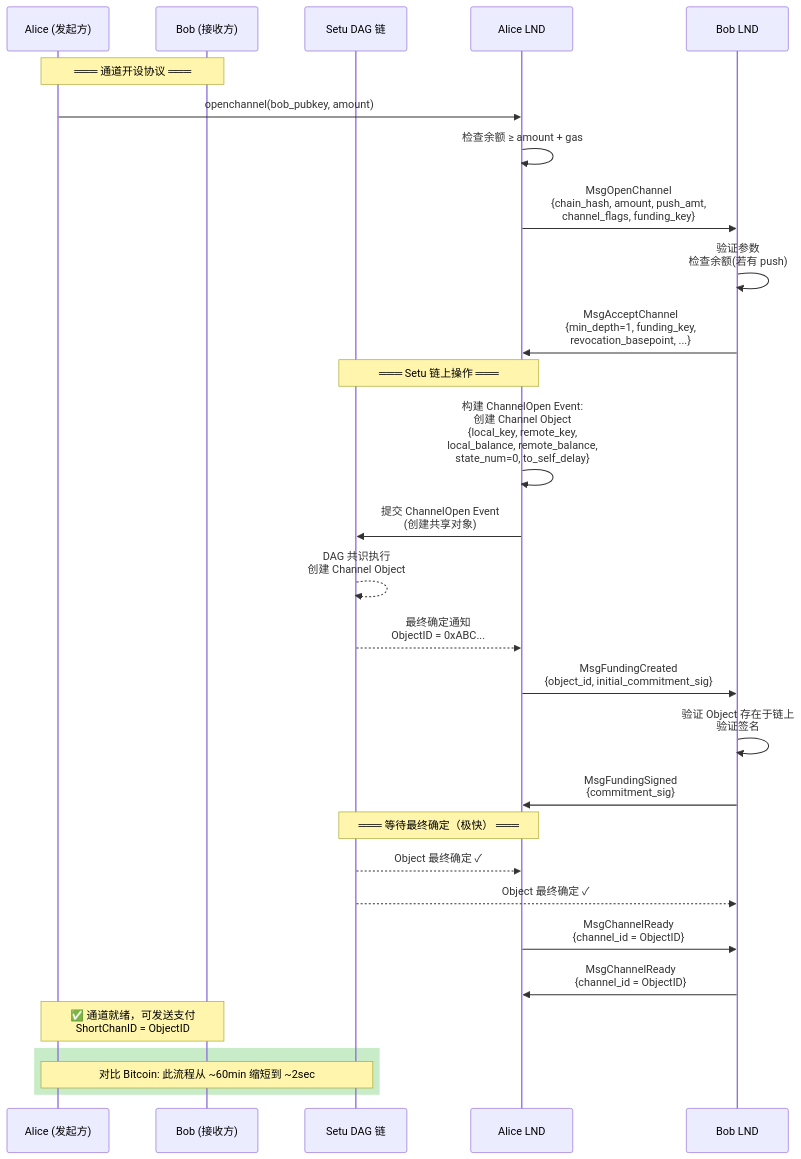
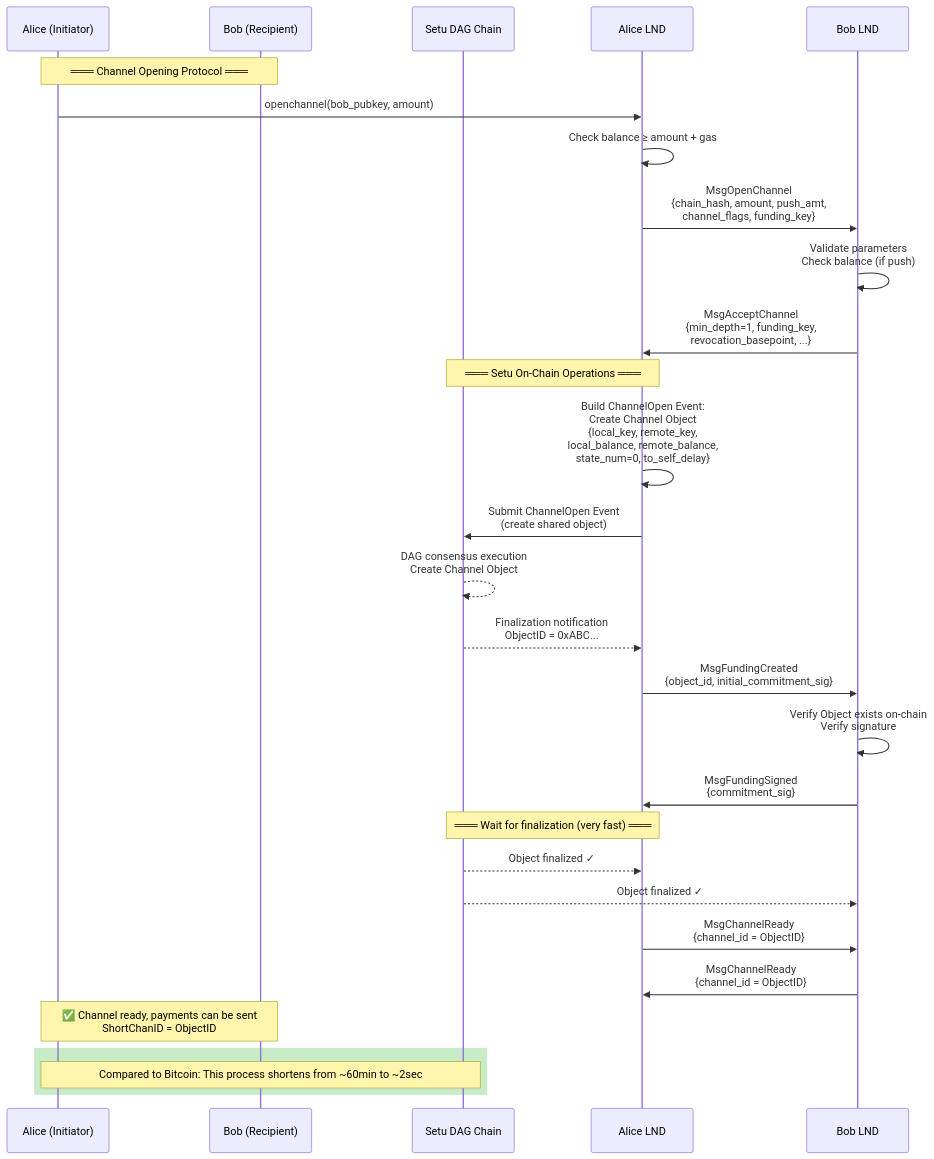
The fourth of 9 diagrams in 1-refactor-docs/setu/lnd-and-setu-integration.md (loka-network/loka-p2p-lnd), drawn with Mermaid before and after one commit. The commit also changed other lines of this file and 12 other files, not shown here.

````diff
--- a/1-refactor-docs/setu/lnd-and-setu-integration.md
+++ b/1-refactor-docs/setu/lnd-and-setu-integration.md
@@ -160,44 +160,44 @@
 ```mermaid
 sequenceDiagram
-    participant Alice as Alice (发起方)
-    participant Bob as Bob (接收方)
-    participant Setu as Setu DAG 链
+    participant Alice as Alice (Initiator)
+    participant Bob as Bob (Recipient)
+    participant Setu as Setu DAG Chain
     participant LND_A as Alice LND
     participant LND_B as Bob LND
 
-    Note over Alice, Bob: ═══ 通道开设协议 ═══
+    Note over Alice, Bob: ═══ Channel Opening Protocol ═══
 
     Alice->>LND_A: openchannel(bob_pubkey, amount)
-    LND_A->>LND_A: 检查余额 ≥ amount + gas
+    LND_A->>LND_A: Check balance ≥ amount + gas
     LND_A->>LND_B: MsgOpenChannel<br/>{chain_hash, amount, push_amt,<br/>channel_flags, funding_key}
 
-    LND_B->>LND_B: 验证参数<br/>检查余额(若有 push)
+    LND_B->>LND_B: Validate parameters<br/>Check balance (if push)
     LND_B->>LND_A: MsgAcceptChannel<br/>{min_depth=1, funding_key,<br/>revocation_basepoint, ...}
 
-    Note over LND_A, Setu: ═══ Setu 链上操作 ═══
+    Note over LND_A, Setu: ═══ Setu On-Chain Operations ═══
 
-    LND_A->>LND_A: 构建 ChannelOpen Event:<br/>创建 Channel Object<br/>{local_key, remote_key,<br/>local_balance, remote_balance,<br/>state_num=0, to_self_delay}
+    LND_A->>LND_A: Build ChannelOpen Event:<br/>Create Channel Object<br/>{local_key, remote_key,<br/>local_balance, remote_balance,<br/>state_num=0, to_self_delay}
 
-    LND_A->>Setu: 提交 ChannelOpen Event<br/>(创建共享对象)
-    Setu-->>Setu: DAG 共识执行<br/>创建 Channel Object
-    Setu-->>LND_A: 最终确定通知<br/>ObjectID = 0xABC...
+    LND_A->>Setu: Submit ChannelOpen Event<br/>(create shared object)
+    Setu-->>Setu: DAG consensus execution<br/>Create Channel Object
+    Setu-->>LND_A: Finalization notification<br/>ObjectID = 0xABC...
 
     LND_A->>LND_B: MsgFundingCreated<br/>{object_id, initial_commitment_sig}
 
-    LND_B->>LND_B: 验证 Object 存在于链上<br/>验证签名
+    LND_B->>LND_B: Verify Object exists on-chain<br/>Verify signature
     LND_B->>LND_A: MsgFundingSigned<br/>{commitment_sig}
 
-    Note over LND_A, Setu: ═══ 等待最终确定（极快） ═══
+    Note over LND_A, Setu: ═══ Wait for finalization (very fast) ═══
 
-    Setu-->>LND_A: Object 最终确定 ✓
-    Setu-->>LND_B: Object 最终确定 ✓
+    Setu-->>LND_A: Object finalized ✓
+    Setu-->>LND_B: Object finalized ✓
 
     LND_A->>LND_B: MsgChannelReady<br/>{channel_id = ObjectID}
     LND_B->>LND_A: MsgChannelReady<br/>{channel_id = ObjectID}
 
-    Note over Alice, Bob: ✅ 通道就绪，可发送支付<br/>ShortChanID = ObjectID
+    Note over Alice, Bob: ✅ Channel ready, payments can be sent<br/>ShortChanID = ObjectID
 
     rect rgb(200, 235, 200)
-        Note over Alice, Setu: 对比 Bitcoin: 此流程从 ~60min 缩短到 ~2sec
+        Note over Alice, Setu: Compared to Bitcoin: This process shortens from ~60min to ~2sec
     end
 ```
````
